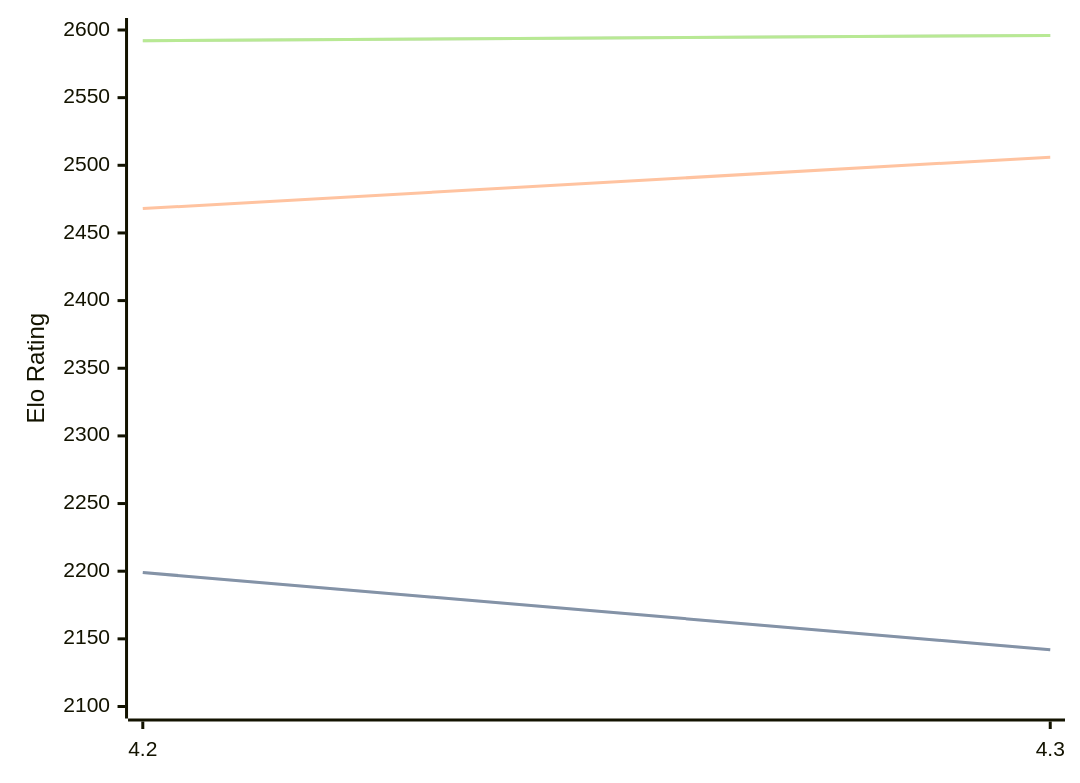
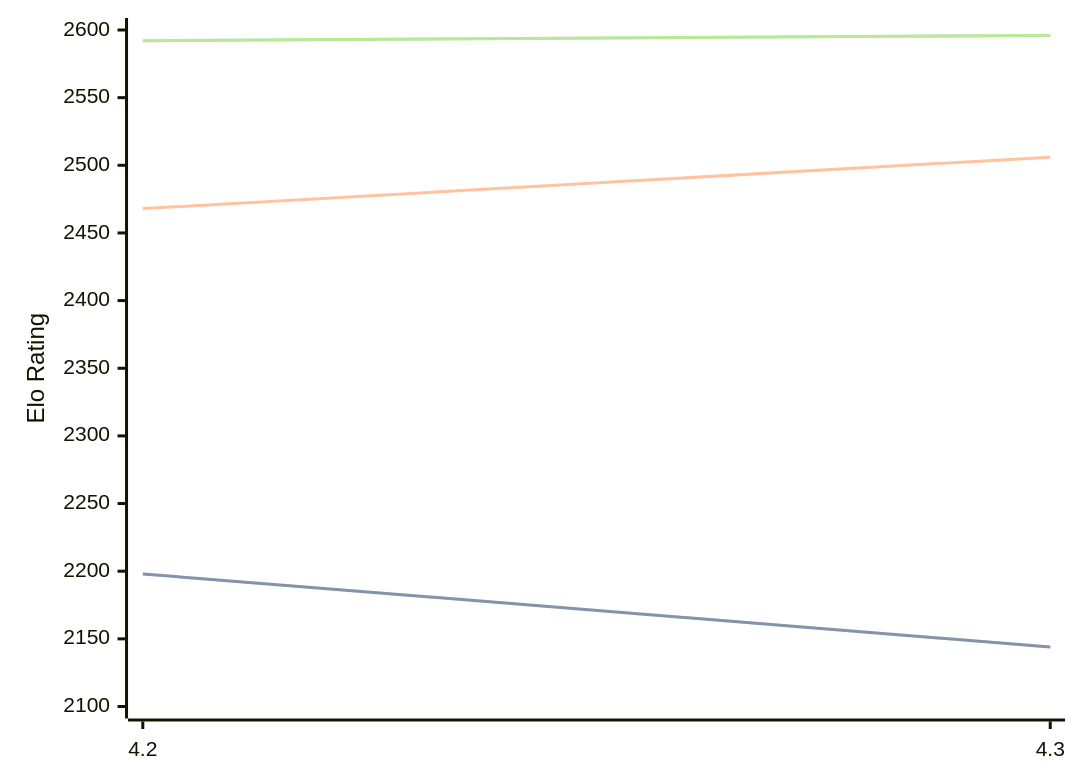
Before and after one commit to computer-chess-index/cci: the diagram in engines/Eubos.md, drawn with Mermaid. The commit also changed other lines of this file, not shown here.

````diff
--- a/engines/Eubos.md
+++ b/engines/Eubos.md
@@ -86,11 +86,11 @@
 ```mermaid
 %%{init: {"theme":"base","themeVariables":{"seriesColors:['#a3a3a3','#222221','#faa371']}}}%%
 xychart-beta
   x-axis ["4.2", "4.3"]
   y-axis "Elo Rating" 2100 --> 2600
-  line "STC (8.0+0.08s)" [2199, 2142]
-  line "STC (8.0+0.08s)" [2199, 2142]
+  line "STC (8.0+0.08s)" [2198, 2144]
+  line "STC (8.0+0.08s)" [2198, 2144]
   line "LTC (60.0+0.60s)" [2468, 2506]
   line "VLTC (2m24s+1.12s)" [2592, 2596]
   line "VLTC (2m24s+1.12s)" [2592, 2596]
 ```
````
